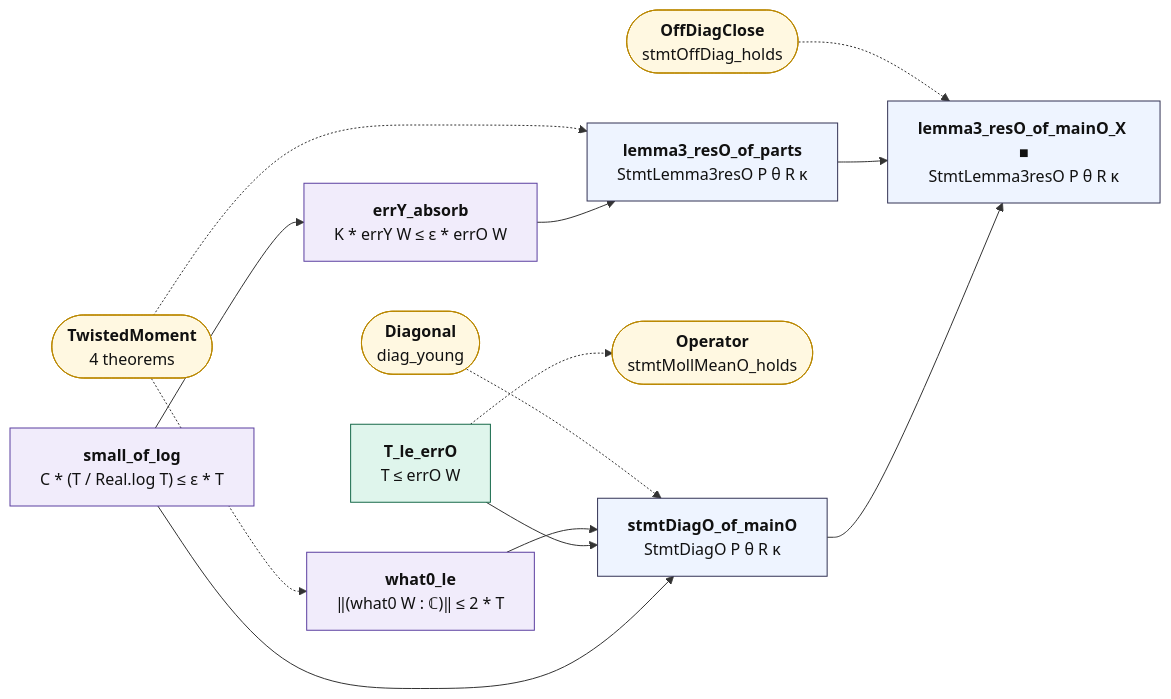
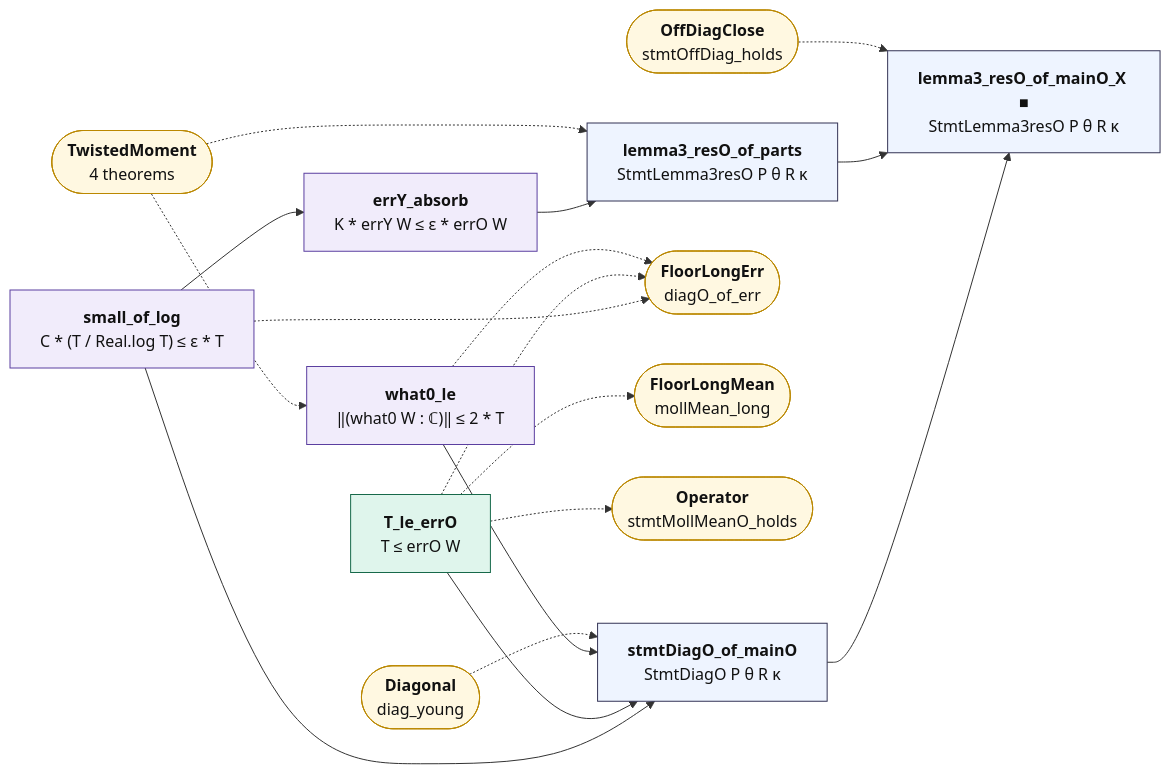
Before and after one commit to juliansambranojr/Primebeat_081426: the diagram in map/lean_stage3/DiagonalO.md, drawn with Mermaid. The commit also changed other lines of this file and 64 other files, not shown here.

````diff
--- a/map/lean_stage3/DiagonalO.md
+++ b/map/lean_stage3/DiagonalO.md
@@ -14,34 +14,40 @@
 ```mermaid
 flowchart LR
   n0["<b>small_of_log</b><br/>C * (T / Real.log T) ≤ ε * T"]:::shp
   n1["<b>errY_absorb</b><br/>K * errY W ≤ ε * errO W"]:::shp
   n2["<b>T_le_errO</b><br/>T ≤ errO W"]:::cnt
   n3["<b>what0_le</b><br/>‖(what0 W : ℂ)‖ ≤ 2 * T"]:::shp
   n4["<b>stmtDiagO_of_mainO</b><br/>StmtDiagO P θ R κ"]:::thm
   n5["<b>lemma3_resO_of_parts</b><br/>StmtLemma3resO P θ R κ"]:::thm
   n6["<b>lemma3_resO_of_mainO_X ■</b><br/>StmtLemma3resO P θ R κ"]:::thm
-  x0(["<b>Operator</b><br/>stmtMollMeanO_holds"]):::ext
-  x1(["<b>TwistedMoment</b><br/>4 theorems"]):::ext
-  x2(["<b>Diagonal</b><br/>diag_young"]):::ext
-  x3(["<b>OffDiagClose</b><br/>stmtOffDiag_holds"]):::ext
+  x0(["<b>FloorLongErr</b><br/>diagO_of_err"]):::ext
+  x1(["<b>FloorLongMean</b><br/>mollMean_long"]):::ext
+  x2(["<b>Operator</b><br/>stmtMollMeanO_holds"]):::ext
+  x3(["<b>TwistedMoment</b><br/>4 theorems"]):::ext
+  x4(["<b>Diagonal</b><br/>diag_young"]):::ext
+  x5(["<b>OffDiagClose</b><br/>stmtOffDiag_holds"]):::ext
   n0 --> n1
   n0 --> n4
   n1 --> n5
   n2 --> n4
   n3 --> n4
   n4 --> n6
   n5 --> n6
+  n0 -.-> x0
   n2 -.-> x0
-  x1 -.-> n3
-  x1 -.-> n5
-  x2 -.-> n4
-  x3 -.-> n6
+  n2 -.-> x1
+  n2 -.-> x2
+  n3 -.-> x0
+  x3 -.-> n3
+  x3 -.-> n5
+  x4 -.-> n4
+  x5 -.-> n6
   classDef cnt fill:#dff5ec,stroke:#17694a,color:#111
   classDef shp fill:#f1ecfb,stroke:#5b3fa0,color:#111
   classDef rh fill:#ffe5e5,stroke:#c22,color:#111,stroke-width:2px
   classDef thm fill:#eef4ff,stroke:#335,color:#111
   classDef end_ fill:#e7f7e7,stroke:#2a7,color:#111,stroke-width:2px
   classDef lone fill:#fff,stroke:#999,color:#111,stroke-dasharray:4 3
   classDef bad fill:#ffe5e5,stroke:#c22,color:#111,stroke-width:2px
   classDef ext fill:#fff8e1,stroke:#b80,color:#111
 ```
````
